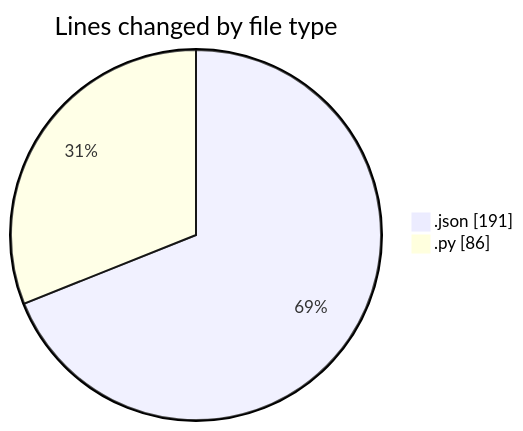
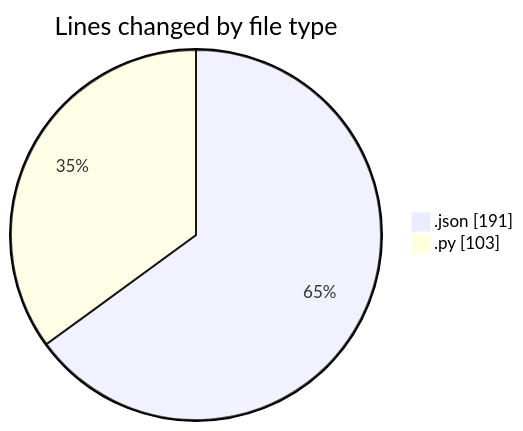
The first of 2 diagrams in 2026-01-02/dsa/README.md (Ritupan-Deka/code-tracking), drawn with Mermaid before and after one commit. The commit also changed other lines of this file and 1 other file, not shown here.

````diff
--- a/2026-01-02/dsa/README.md
+++ b/2026-01-02/dsa/README.md
@@ -22,6 +22,6 @@
 ```mermaid
 pie showData
 title Lines changed by file type
 ".json" : 191
-".py" : 86
+".py" : 103
 ```
````
